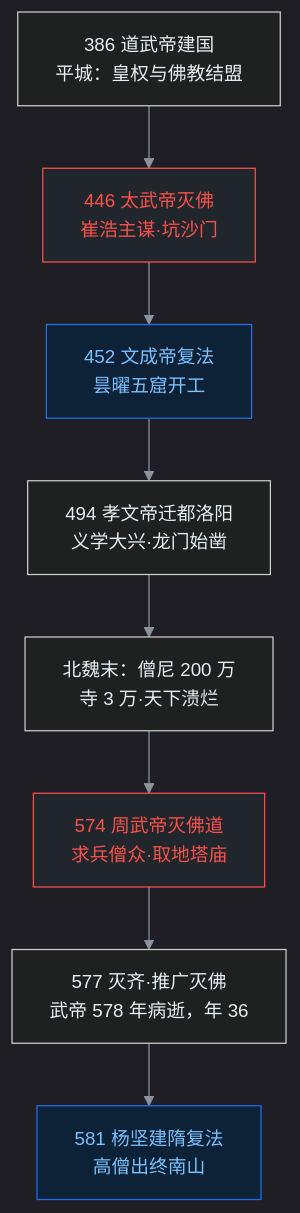
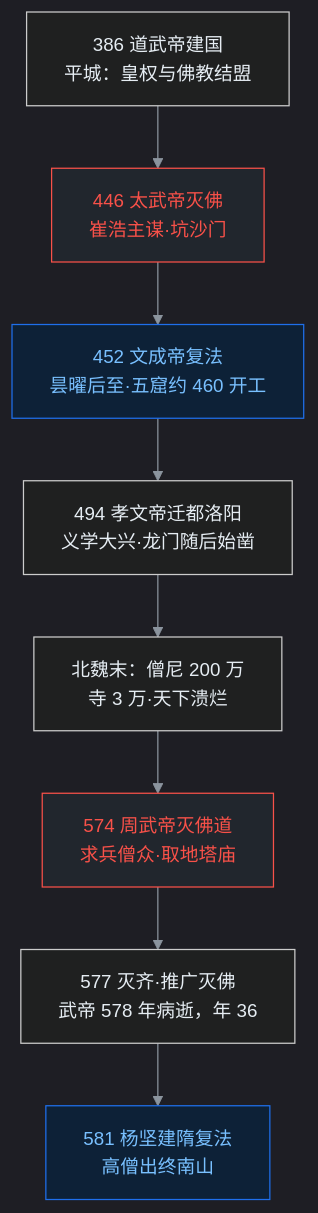
One commit to yeyangchen2009/draft-review changed the diagram in drafts/中系/中12-北朝两次灭佛昙曜五窟僧祇户与石头上的灾备.md. Above: the diagram before and after it, drawn with Mermaid. The commit also changed other lines of this file and 1 other file, not shown here.

````diff
--- a/drafts/中系/中12-北朝两次灭佛昙曜五窟僧祇户与石头上的灾备.md
+++ b/drafts/中系/中12-北朝两次灭佛昙曜五窟僧祇户与石头上的灾备.md
@@ -244,15 +250,15 @@
 ```mermaid
 %%{init: {'theme':'dark','themeVariables':{'background':'#0d1117','primaryColor':'#1f6feb','primaryTextColor':'#ffffff','primaryBorderColor':'#79c0ff','secondaryColor':'#21262d','tertiaryColor':'#30363d','lineColor':'#8b949e','textColor':'#e6edf3','clusterBkg':'#161b22','clusterBorder':'#58a6ff','edgeLabelBackground':'#21262d','fontSize':'15px'}}}%%
 flowchart TD
     A["386 道武帝建国<br/>平城：皇权与佛教结盟"] --> B["446 太武帝灭佛<br/>崔浩主谋·坑沙门"]
-    B --> C["452 文成帝复法<br/>昙曜五窟开工"]
-    C --> D["494 孝文帝迁都洛阳<br/>义学大兴·龙门始凿"]
+    B --> C["452 文成帝复法<br/>昙曜后至·五窟约 460 开工"]
+    C --> D["494 孝文帝迁都洛阳<br/>义学大兴·龙门随后始凿"]
     D --> E["北魏末：僧尼 200 万<br/>寺 3 万·天下溃烂"]
     E --> F["574 周武帝灭佛道<br/>求兵僧众·取地塔庙"]
     F --> G["577 灭齐·推广灭佛<br/>武帝 578 年病逝，年 36"]
     G --> H["581 杨坚建隋复法<br/>高僧出终南山"]
     style B fill:#21262d,stroke:#f85149,color:#f85149
     style F fill:#21262d,stroke:#f85149,color:#f85149
     style C fill:#0d2137,stroke:#1f6feb,color:#79c0ff
     style H fill:#0d2137,stroke:#1f6feb,color:#79c0ff
 ```
````
